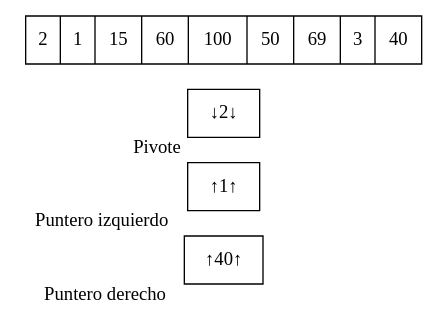
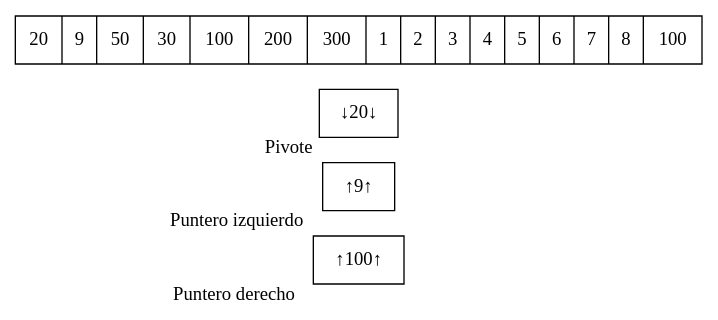
One commit to oscarc99/EDD_DIC_2019_PY2_201709140- changed the diagram in src/Imagenes/quicksort/i9.dot. Above: the diagram before and after it, drawn with Graphviz. The commit also changed 655 other files, not shown here.

```diff
--- a/src/Imagenes/quicksort/i9.dot
+++ b/src/Imagenes/quicksort/i9.dot
@@ -1,5 +1,5 @@
 digraph G{ node [shape = record ];
- rankdir=LR;puntDer[label="↑40↑" xlabel="Puntero derecho" pos = "12,0!"]
-puntIzq[label="↑1↑" xlabel="Puntero izquierdo" pos = "8,0!"]
-pivote[label="↓2↓" xlabel ="Pivote" pos = "10,2!"]
-X[label="{ 2|1|15|60|100|50|69|3|40}" pos = "10,1!" ]}
+ rankdir=LR;puntDer[label="↑100↑" xlabel="Puntero derecho" pos = "12,0!"]
+puntIzq[label="↑9↑" xlabel="Puntero izquierdo" pos = "8,0!"]
+pivote[label="↓20↓" xlabel ="Pivote" pos = "10,2!"]
+X[label="{ 20|9|50|30|100|200|300|1|2|3|4|5|6|7|8|100}" pos = "10,1!" ]}
```
